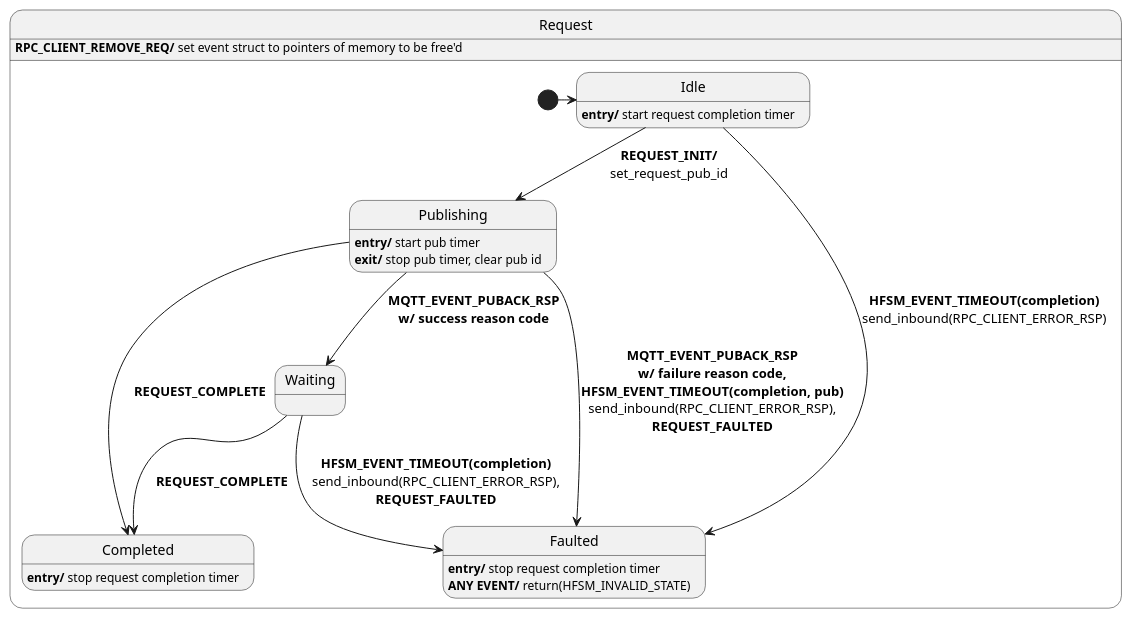
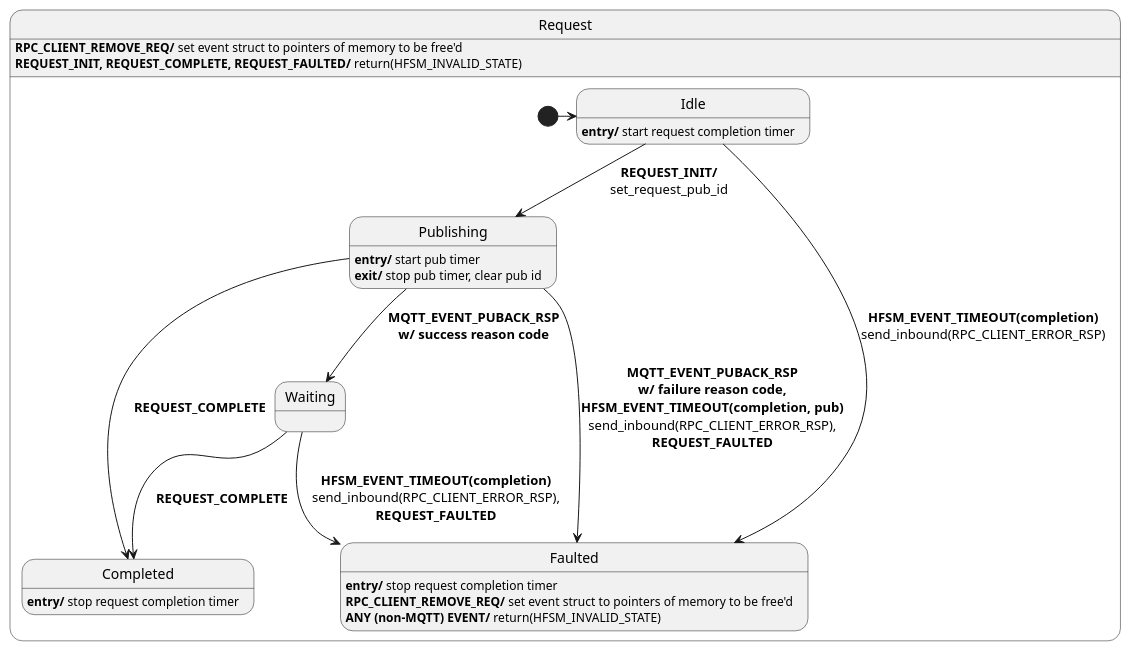
One commit to Azure/azure-sdk-for-c changed the diagram in sdk/docs/core/resources/mqtt_request.puml. Above: the diagram before and after it, drawn with PlantUML. The commit also changed 1 other file, not shown here.

Commit message:
have request_complete, request_failed, and request_init return hfsm_invalid_state if called in the wrong state

```diff
--- a/sdk/docs/core/resources/mqtt_request.puml
+++ b/sdk/docs/core/resources/mqtt_request.puml
@@ -1,36 +1,39 @@
 @startuml
 ' ignore these as handled outside of this diagram: MQTT_EVENT_CONNECT_REQ, MQTT_EVENT_CONNECT_RSP, MQTT_EVENT_DISCONNECT_REQ, MQTT_EVENT_DISCONNECT_RSP
 ' Assumptions:
 ' 0. Unknown events are forwarded (in their original direction, either inbound or outbound).
 ' 1. send_inbound, send_outbound are used to send information to the app and network respectively.
 ' 2. All events check that they are for this request or have the correct pub id before processing them.
+' 3. Events are handled at the root state only if they aren't handled in a substate.
 
 
 state Request {
   state Idle
   Idle: <b>entry/</b> start request completion timer
 
   state Publishing
   Publishing : <b>entry/</b> start pub timer
   Publishing : <b>exit/</b> stop pub timer, clear pub id
 
   state Waiting
   state Completed
   Completed : <b>entry/</b> stop request completion timer
   state Faulted
   Faulted : <b>entry/</b> stop request completion timer
-  Faulted : <b>ANY EVENT/</b> return(HFSM_INVALID_STATE)
+  Faulted : <b>RPC_CLIENT_REMOVE_REQ/</b> set event struct to pointers of memory to be free'd
+  Faulted : <b>ANY (non-MQTT) EVENT/</b> return(HFSM_INVALID_STATE)
 
   [*] -> Idle
   Idle --> Publishing : <b>REQUEST_INIT/</b>\nset_request_pub_id
   Publishing --> Waiting : <b>MQTT_EVENT_PUBACK_RSP</b>\n<b>w/ success reason code</b>
   Publishing --> Completed : <b>REQUEST_COMPLETE</b>
   Publishing --> Faulted : <b>MQTT_EVENT_PUBACK_RSP</b>\n<b>w/ failure reason code,</b>\n<b>HFSM_EVENT_TIMEOUT(completion, pub)</b>\nsend_inbound(RPC_CLIENT_ERROR_RSP),\n<b>REQUEST_FAULTED</b>
   Waiting --> Completed : <b>REQUEST_COMPLETE</b>
   Waiting --> Faulted : <b>HFSM_EVENT_TIMEOUT(completion)</b>\nsend_inbound(RPC_CLIENT_ERROR_RSP),\n<b>REQUEST_FAULTED</b>
   Idle --> Faulted : <b>HFSM_EVENT_TIMEOUT(completion)</b>\nsend_inbound(RPC_CLIENT_ERROR_RSP)
 
 }
 Request : <b>RPC_CLIENT_REMOVE_REQ/</b> set event struct to pointers of memory to be free'd
+Request : <b>REQUEST_INIT, REQUEST_COMPLETE, REQUEST_FAULTED/</b> return(HFSM_INVALID_STATE)
 
 @enduml
```
